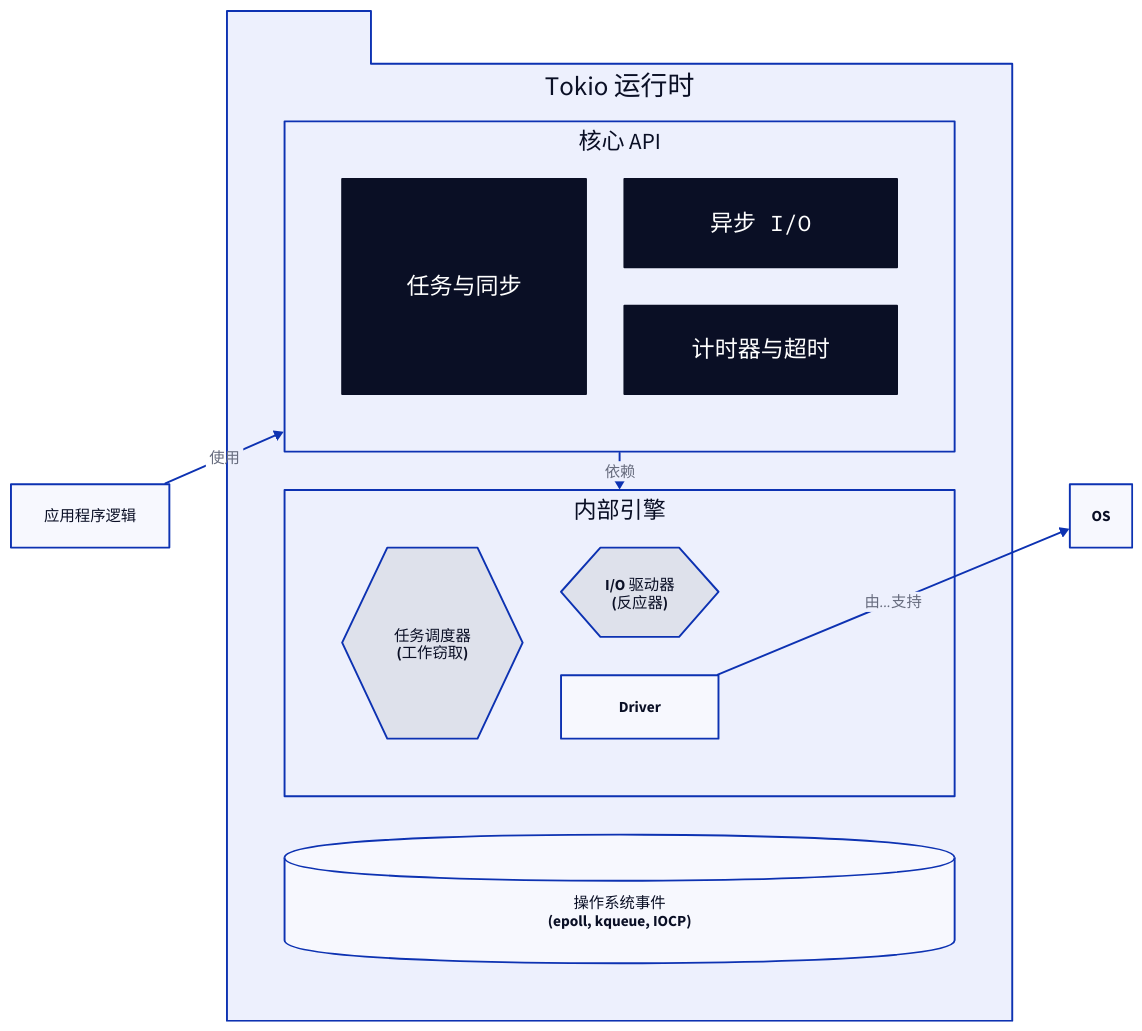
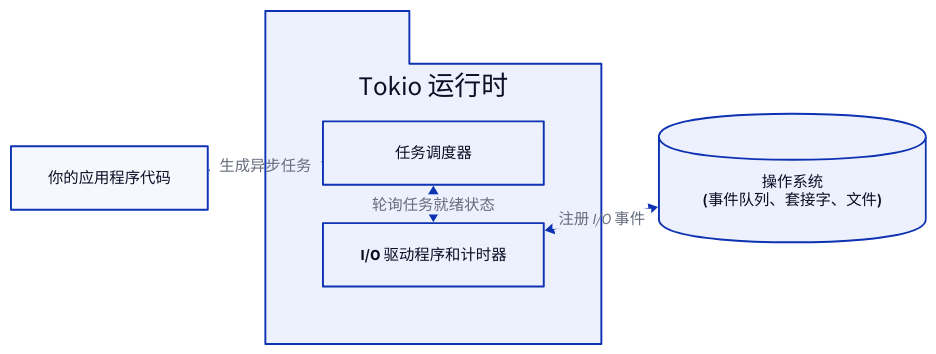
One commit to lban2049/tokio changed the diagram in .aigne/doc-smith/docs/overview.zh.md. Above: the diagram before and after it, drawn with D2. The commit also changed other lines of this file and 40 other files, not shown here.

````diff
--- a/.aigne/doc-smith/docs/overview.zh.md
+++ b/.aigne/doc-smith/docs/overview.zh.md
@@ -21,55 +21,34 @@
 ```d2
 direction: down
 
-"应用程序逻辑" {
+"User Application": {
   shape: rectangle
+  label: "你的应用程序代码"
 }
 
-"Tokio 运行时" {
+"Tokio Runtime": {
   shape: package
+  label: "Tokio 运行时"
   grid-columns: 1
 
-  "核心 API" {
+  "Scheduler": {
+    label: "任务调度器"
     shape: rectangle
-    grid-columns: 2
-
-    "任务管理" {
-      label: "任务与同步"
-      shape: class
-    }
-    "I/O 原语" {
-      label: "异步 I/O"
-      shape: class
-    }
-    "时间工具" {
-      label: "计时器与超时"
-      shape: class
-    }
   }
 
-  "内部引擎" {
+  "Driver": {
+    label: "I/O 驱动程序和计时器"
     shape: rectangle
-    grid-columns: 2
-    
-    "调度器" {
-      label: "任务调度器\n(工作窃取)"
-      shape: hexagon
-    }
-
-    "驱动器" {
-      label: "I/O 驱动器\n(反应器)"
-      shape: hexagon
-    }
-  }
-
-  "操作系统" {
-      label: "操作系统事件\n(epoll, kqueue, IOCP)"
-      shape: cylinder
   }
 }
 
-"应用程序逻辑" -> "Tokio 运行时"."核心 API": "使用"
-"Tokio 运行时"."核心 API" -> "Tokio 运行时"."内部引擎": "依赖"
-"Tokio 运行时"."内部引擎".Driver -> "OS": "由...支持"
+"OS": {
+  shape: cylinder
+  label: "操作系统\n(事件队列、套接字、文件)"
+}
+
+"User Application" -> "Tokio Runtime"."Scheduler": "生成异步任务"
+"Tokio Runtime"."Scheduler" <-> "Tokio Runtime"."Driver": "轮询任务就绪状态"
+"Tokio Runtime"."Driver" <-> "OS": "注册 I/O 事件"
 
 ```
````
